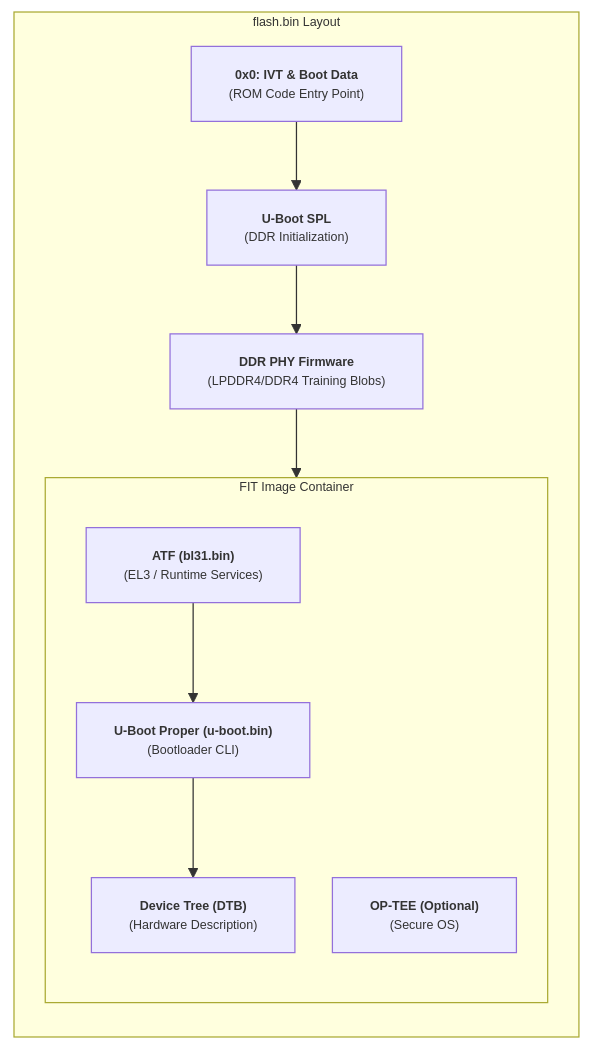
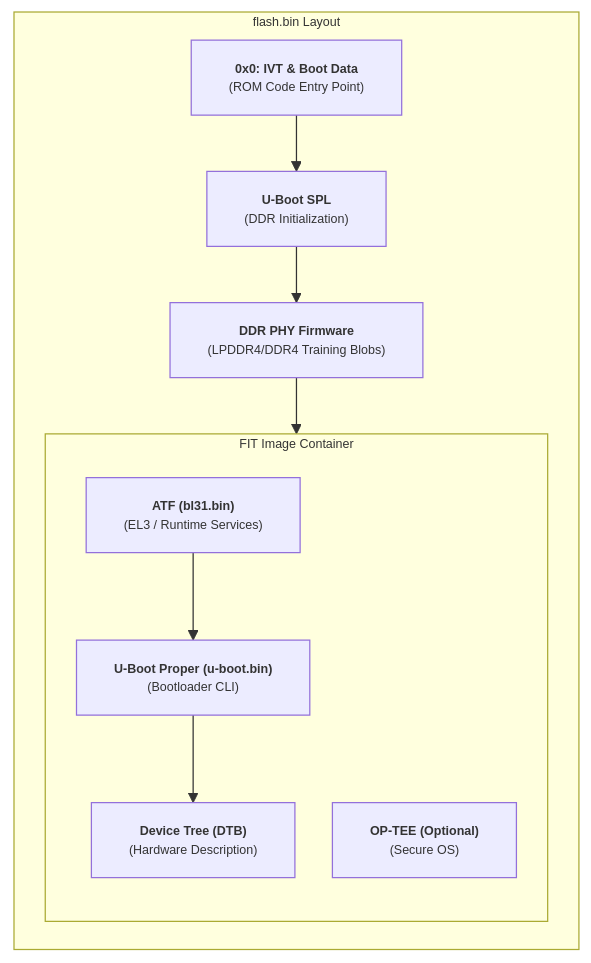
One commit to jinho-yoo/imx8m-quad-embedded-linux changed the first of 2 diagrams in U-Boot/U-Boot-layout.md. Above: the diagram before and after it, drawn with Mermaid.

````diff
--- a/U-Boot/U-Boot-layout.md
+++ b/U-Boot/U-Boot-layout.md
@@ -58,25 +58,25 @@
 ```mermaid
-%%{init: { 'theme': 'default', 'themeVariables': { 'fontSize': '10px'}, 'config': { 'rankSpacing': 30, 'nodeSpacing': 30 } } }%%
+%%{init: { 'theme': 'default', 'themeVariables': { 'fontSize': '10px'}, 'config': { 'rankSpacing': 20, 'nodeSpacing': 30 } } }%%
 graph TD
     subgraph Flash_Binary [flash.bin Layout]
         direction TB
         
         Header["<b>0x0: IVT & Boot Data</b><br/>(ROM Code Entry Point)"]
         SPL["<b>U-Boot SPL</b><br/>(DDR Initialization)"]
         DDR_FW["<b>DDR PHY Firmware</b><br/>(LPDDR4/DDR4 Training Blobs)"]
         
         subgraph FIT_Container [FIT Image Container]
             direction TB
             ATF["<b>ATF (bl31.bin)</b><br/>(EL3 / Runtime Services)"]
             UBOOT["<b>U-Boot Proper (u-boot.bin)</b><br/>(Bootloader CLI)"]
             DTB["<b>Device Tree (DTB)</b><br/>(Hardware Description)"]
             TEE["<b>OP-TEE (Optional)</b><br/>(Secure OS)"]
         end
     end
 
     Header --> SPL
     SPL --> DDR_FW
     DDR_FW --> ATF
     ATF --> UBOOT
     UBOOT --> DTB
 ```
````
